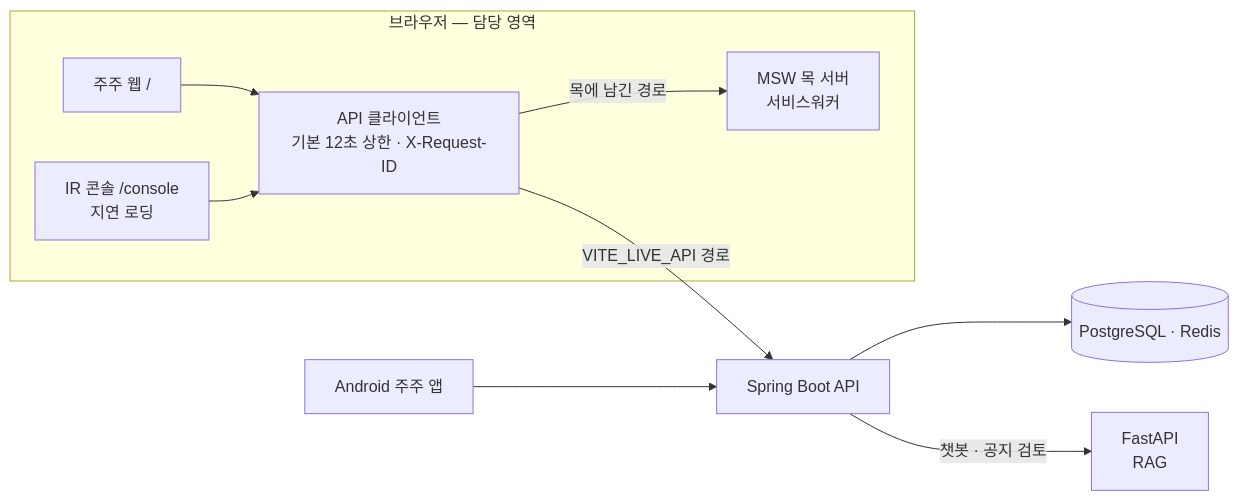
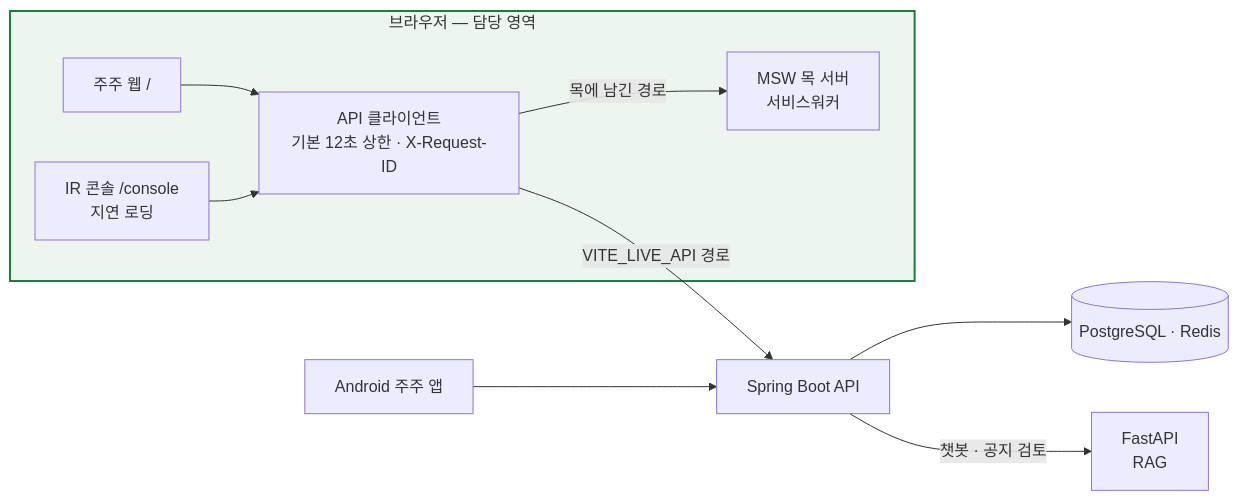
One commit to handongin1500/handongin1500 changed the first of 3 diagrams in README.md. Above: the diagram before and after it, drawn with Mermaid. The commit also changed other lines of this file and 8 other files, not shown here.

````diff
--- a/README.md
+++ b/README.md
@@ -214,16 +217,17 @@
 ```mermaid
 flowchart LR
   subgraph Browser["브라우저 — 담당 영역"]
     SH["주주 웹 /"]
     CO["IR 콘솔 /console<br/>지연 로딩"]
     CL["API 클라이언트<br/>기본 12초 상한 · X-Request-ID"]
     MSW["MSW 목 서버<br/>서비스워커"]
     SH --> CL
     CO --> CL
     CL -->|"목에 남긴 경로"| MSW
   end
   CL -->|"VITE_LIVE_API 경로"| BE["Spring Boot API"]
   BE --> DB[("PostgreSQL · Redis")]
   BE -->|"챗봇 · 공지 검토"| AI["FastAPI<br/>RAG"]
   AND["Android 주주 앱"] --> BE
+  style Browser fill:#1A7F3714,stroke:#1A7F37,stroke-width:2px
 ```
````
